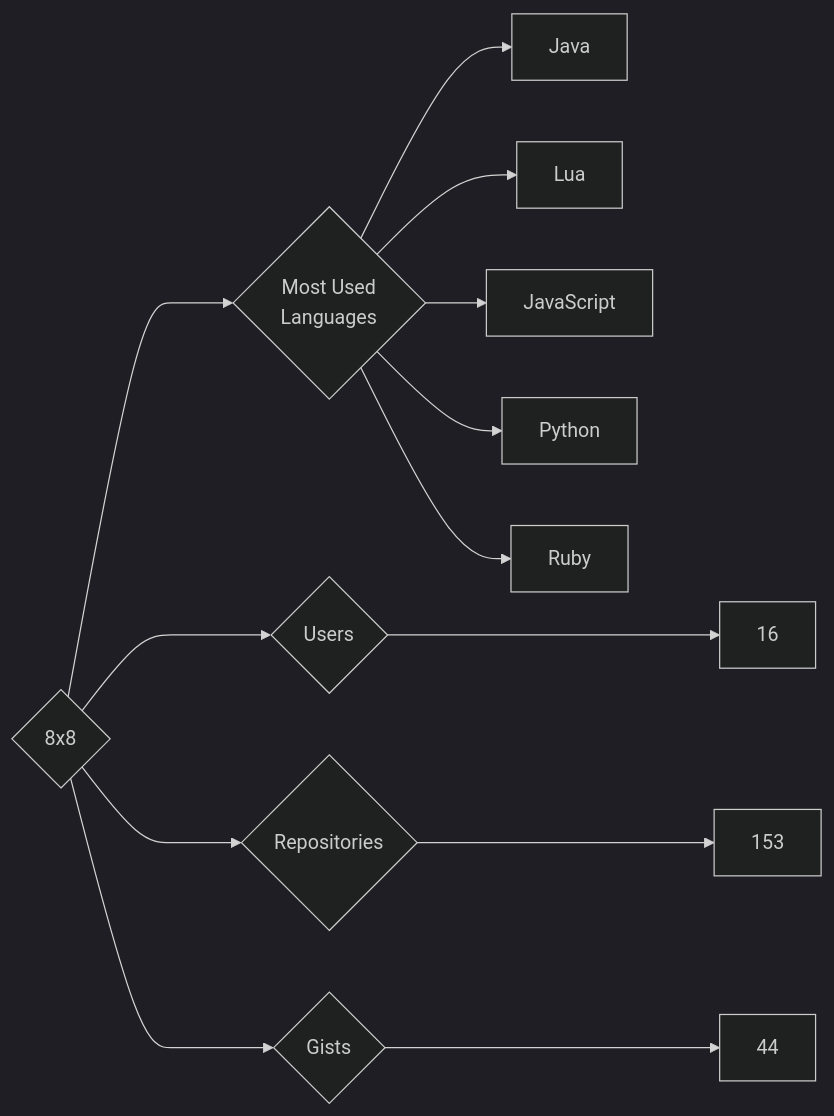
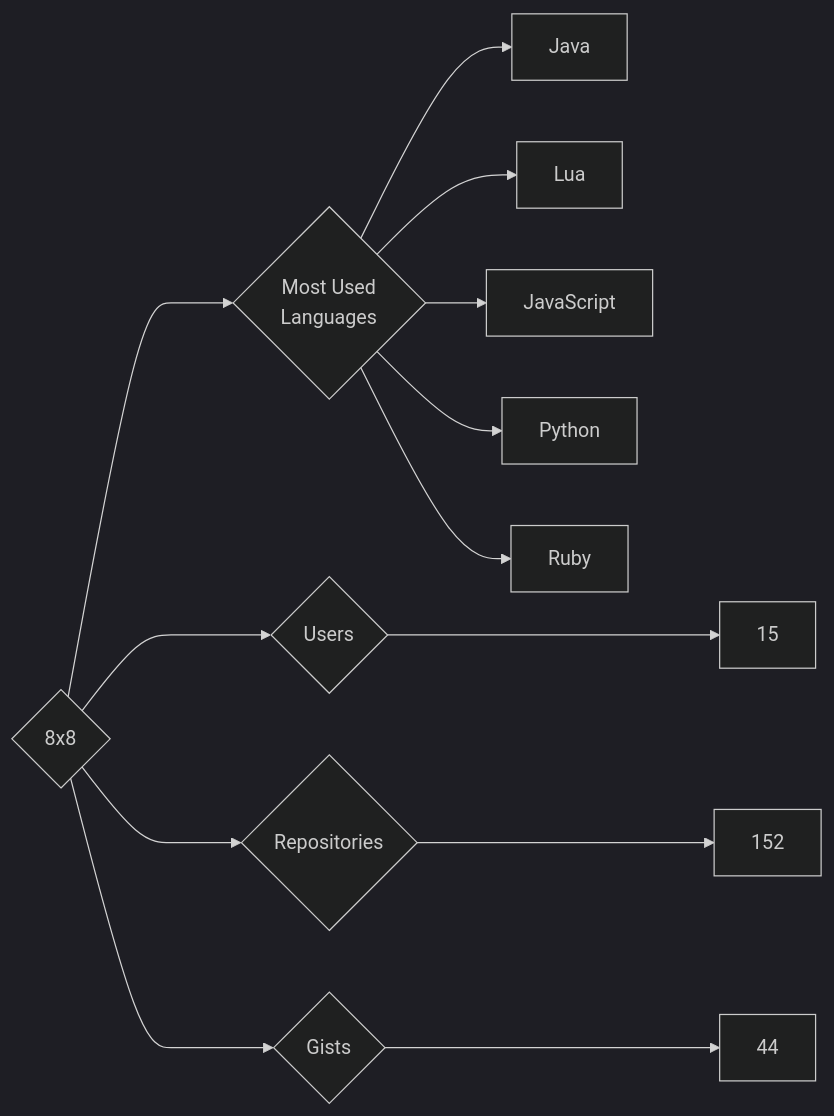
One commit to nenadzaric/insiders changed the diagram in targets/8x8/README.md. Above: the diagram before and after it, drawn with Mermaid (dark theme). The commit also changed 9 other files, not shown here.

````diff
--- a/targets/8x8/README.md
+++ b/targets/8x8/README.md
@@ -3,13 +3,13 @@
 ```mermaid
 graph LR
 COMPANY_NAME{8x8}
-COMPANY_NAME ---> U{Users} ---> UN[16]
-COMPANY_NAME ---> R{Repositories} ---> RN[153]
+COMPANY_NAME ---> U{Users} ---> UN[15]
+COMPANY_NAME ---> R{Repositories} ---> RN[152]
 COMPANY_NAME ---> G{Gists} ---> GN[44]
 COMPANY_NAME ---> ML{Most Used<br>Languages}
 ML --> Java[Java]
 ML --> Lua[Lua]
 ML --> JavaScript[JavaScript]
 ML --> Python[Python]
 ML --> Ruby[Ruby]
 ```
````
